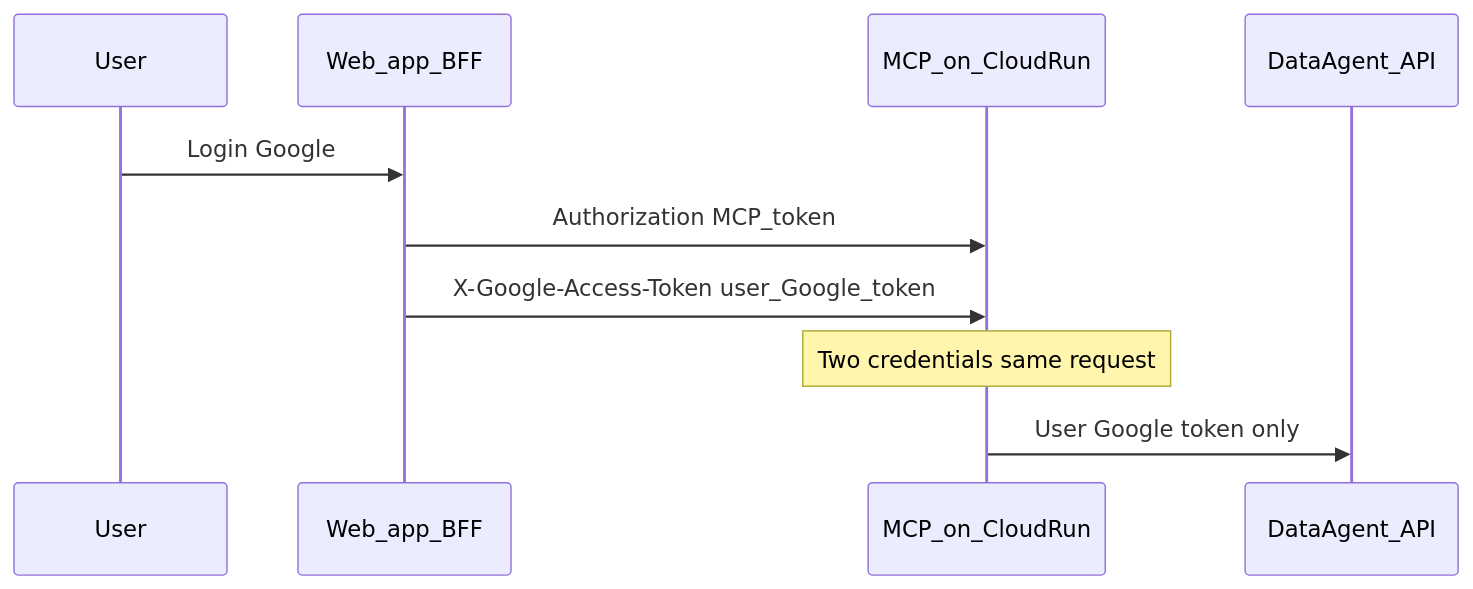
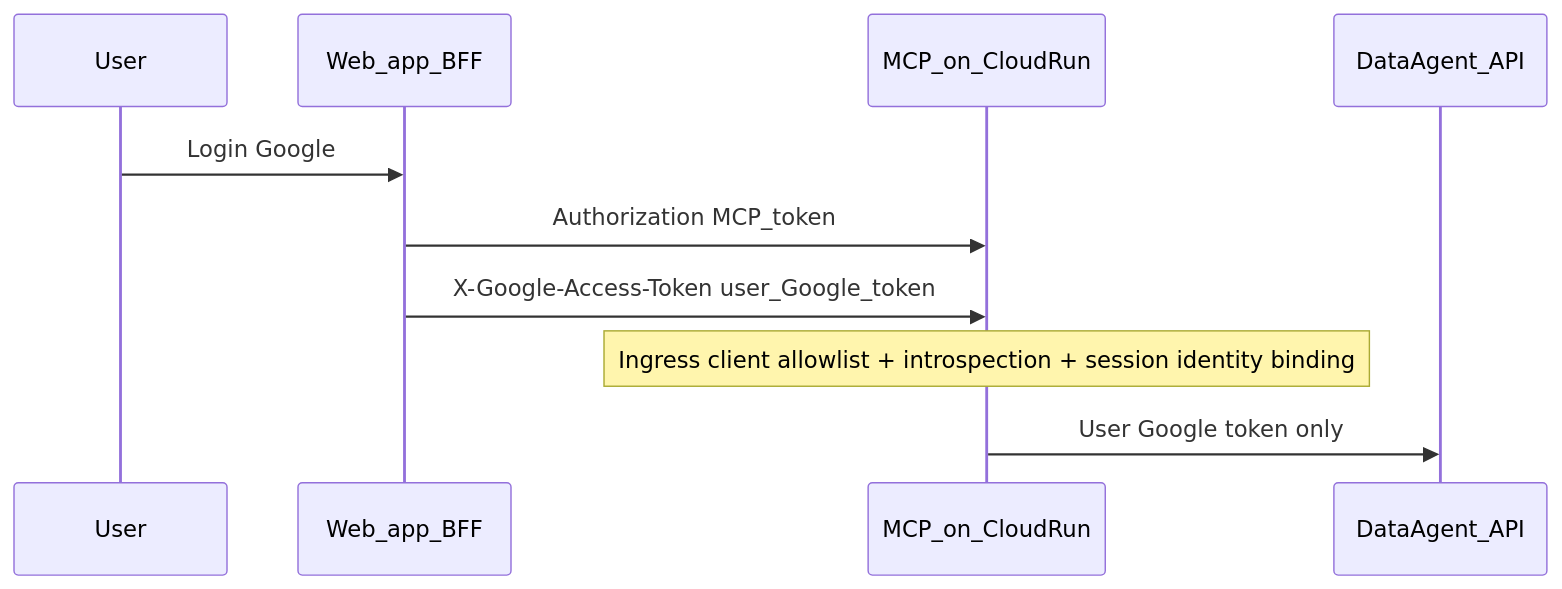
The third of 3 diagrams in docs/adr/0001-dual-layer-authentication.md (yu-iskw/gemini-data-agent-mcp), drawn with Mermaid before and after one commit. The commit also changed other lines of this file and 31 other files, not shown here.

First line of the commit message:
fix(core): enforce user_token binding and narrow MCP OAuth profile

````diff
--- a/docs/adr/0001-dual-layer-authentication.md
+++ b/docs/adr/0001-dual-layer-authentication.md
@@ -66,13 +66,13 @@
 ```mermaid
 sequenceDiagram
   participant User
   participant BFF as Web_app_BFF
   participant MCP as MCP_on_CloudRun
   participant API as DataAgent_API
 
   User->>BFF: Login Google
   BFF->>MCP: Authorization MCP_token
   BFF->>MCP: X-Google-Access-Token user_Google_token
-  Note over MCP: Two credentials same request
+  Note over MCP: Ingress client allowlist + introspection + session identity binding
   MCP->>API: User Google token only
 ```
````
